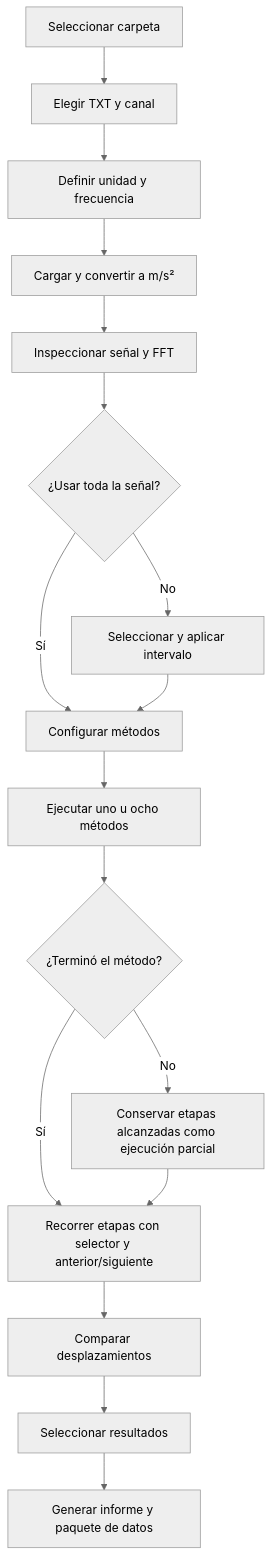
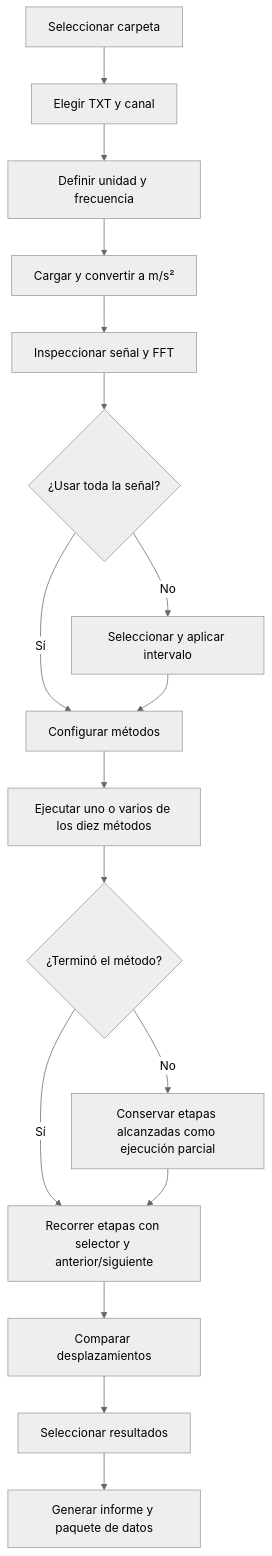
Before and after one commit to jolumartinez/desp_from_acc: the second of 2 diagrams in docs/desp_desktop_app/01_arquitectura_y_flujo.md, drawn with Mermaid (neutral theme). The commit also changed other lines of this file and 29 other files, not shown here.

````diff
--- a/docs/desp_desktop_app/01_arquitectura_y_flujo.md
+++ b/docs/desp_desktop_app/01_arquitectura_y_flujo.md
@@ -50,19 +50,19 @@
 ```mermaid
 flowchart TD
     A[Seleccionar carpeta] --> B[Elegir TXT y canal]
     B --> C[Definir unidad y frecuencia]
     C --> D[Cargar y convertir a m/s²]
     D --> E[Inspeccionar señal y FFT]
     E --> X{¿Usar toda la señal?}
     X -->|No| Y[Seleccionar y aplicar intervalo]
     X -->|Sí| F[Configurar métodos]
     Y --> F
-    F --> G[Ejecutar uno u ocho métodos]
+    F --> G[Ejecutar uno o varios de los diez métodos]
     G --> V{¿Terminó el método?}
     V -- Sí --> K[Recorrer etapas con selector y anterior/siguiente]
     V -- No --> P[Conservar etapas alcanzadas como ejecución parcial]
     P --> K
     K --> H[Comparar desplazamientos]
     H --> I[Seleccionar resultados]
     I --> J[Generar informe y paquete de datos]
 ```
````
